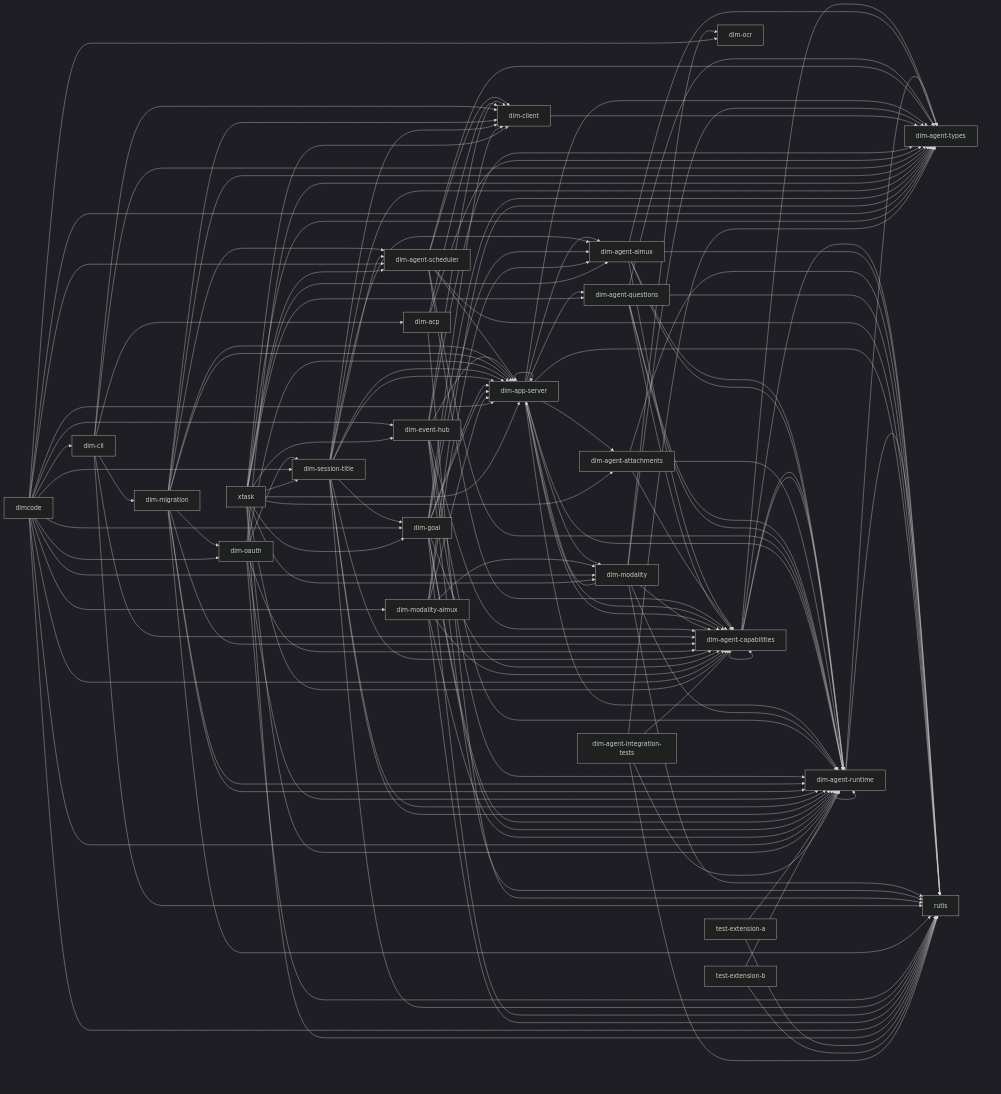
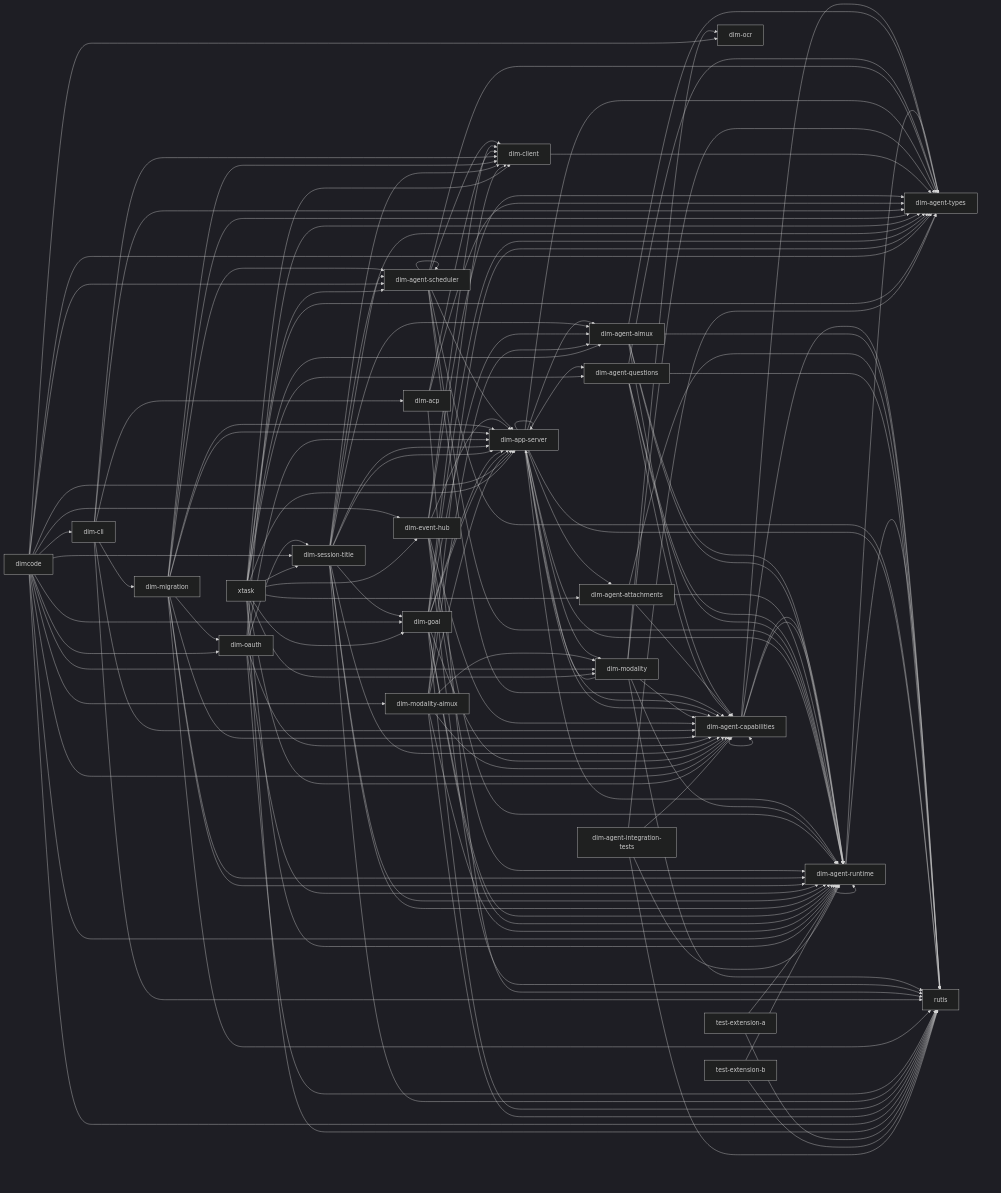
The diagram in docs/architecture/rust-agent/generated/crates.mmd (CoutinhoTTS/dim-agent), drawn with Mermaid (dark theme) before and after one commit. The commit also changed 3 other files, not shown here.

First line of the commit message:
chore(architecture): regenerate the module graph

```diff
--- a/docs/architecture/rust-agent/generated/crates.mmd
+++ b/docs/architecture/rust-agent/generated/crates.mmd
@@ -1,142 +1,143 @@
 %% Generated from cargo metadata; do not edit.
 flowchart LR
   dim_agent_runtime["dim-agent-runtime"] --> dim_agent_types["dim-agent-types"]
   dim_agent_runtime["dim-agent-runtime"] --> rutis["rutis"]
   dim_agent_runtime["dim-agent-runtime"] --> dim_agent_runtime["dim-agent-runtime"]
   dim_agent_capabilities["dim-agent-capabilities"] --> dim_agent_runtime["dim-agent-runtime"]
   dim_agent_capabilities["dim-agent-capabilities"] --> dim_agent_types["dim-agent-types"]
   dim_agent_capabilities["dim-agent-capabilities"] --> rutis["rutis"]
   dim_agent_capabilities["dim-agent-capabilities"] --> dim_agent_capabilities["dim-agent-capabilities"]
   dim_agent_capabilities["dim-agent-capabilities"] --> dim_agent_runtime["dim-agent-runtime"]
   dim_agent_aimux["dim-agent-aimux"] --> dim_agent_capabilities["dim-agent-capabilities"]
   dim_agent_aimux["dim-agent-aimux"] --> dim_agent_runtime["dim-agent-runtime"]
   dim_agent_aimux["dim-agent-aimux"] --> dim_agent_types["dim-agent-types"]
   dim_agent_aimux["dim-agent-aimux"] --> rutis["rutis"]
   dim_agent_aimux["dim-agent-aimux"] --> dim_agent_runtime["dim-agent-runtime"]
   dim_agent_attachments["dim-agent-attachments"] --> dim_agent_capabilities["dim-agent-capabilities"]
   dim_agent_attachments["dim-agent-attachments"] --> dim_agent_runtime["dim-agent-runtime"]
   dim_agent_attachments["dim-agent-attachments"] --> rutis["rutis"]
   dim_agent_questions["dim-agent-questions"] --> dim_agent_capabilities["dim-agent-capabilities"]
   dim_agent_questions["dim-agent-questions"] --> dim_agent_runtime["dim-agent-runtime"]
   dim_agent_questions["dim-agent-questions"] --> dim_agent_types["dim-agent-types"]
   dim_agent_questions["dim-agent-questions"] --> rutis["rutis"]
   dim_agent_questions["dim-agent-questions"] --> dim_agent_runtime["dim-agent-runtime"]
   dim_agent_scheduler["dim-agent-scheduler"] --> dim_agent_capabilities["dim-agent-capabilities"]
   dim_agent_scheduler["dim-agent-scheduler"] --> dim_agent_runtime["dim-agent-runtime"]
   dim_agent_scheduler["dim-agent-scheduler"] --> dim_agent_types["dim-agent-types"]
   dim_agent_scheduler["dim-agent-scheduler"] --> dim_app_server["dim-app-server"]
   dim_agent_scheduler["dim-agent-scheduler"] --> rutis["rutis"]
+  dim_agent_scheduler["dim-agent-scheduler"] --> dim_agent_scheduler["dim-agent-scheduler"]
   dim_agent_scheduler["dim-agent-scheduler"] --> dim_client["dim-client"]
   dim_app_server["dim-app-server"] --> dim_agent_aimux["dim-agent-aimux"]
   dim_app_server["dim-app-server"] --> dim_agent_attachments["dim-agent-attachments"]
   dim_app_server["dim-app-server"] --> dim_agent_capabilities["dim-agent-capabilities"]
   dim_app_server["dim-app-server"] --> dim_agent_questions["dim-agent-questions"]
   dim_app_server["dim-app-server"] --> dim_agent_runtime["dim-agent-runtime"]
   dim_app_server["dim-app-server"] --> dim_agent_types["dim-agent-types"]
   dim_app_server["dim-app-server"] --> rutis["rutis"]
   dim_app_server["dim-app-server"] --> dim_agent_capabilities["dim-agent-capabilities"]
   dim_app_server["dim-app-server"] --> dim_agent_runtime["dim-agent-runtime"]
   dim_app_server["dim-app-server"] --> dim_app_server["dim-app-server"]
   dim_app_server["dim-app-server"] --> dim_modality["dim-modality"]
   dim_modality["dim-modality"] --> dim_agent_capabilities["dim-agent-capabilities"]
   dim_modality["dim-modality"] --> dim_agent_runtime["dim-agent-runtime"]
   dim_modality["dim-modality"] --> dim_agent_types["dim-agent-types"]
   dim_modality["dim-modality"] --> dim_app_server["dim-app-server"]
   dim_modality["dim-modality"] --> dim_ocr["dim-ocr"]
   dim_modality["dim-modality"] --> rutis["rutis"]
   dim_client["dim-client"] --> dim_agent_types["dim-agent-types"]
   dim_event_hub["dim-event-hub"] --> dim_agent_capabilities["dim-agent-capabilities"]
   dim_event_hub["dim-event-hub"] --> dim_agent_runtime["dim-agent-runtime"]
   dim_event_hub["dim-event-hub"] --> dim_agent_types["dim-agent-types"]
   dim_event_hub["dim-event-hub"] --> dim_app_server["dim-app-server"]
   dim_event_hub["dim-event-hub"] --> rutis["rutis"]
   dim_event_hub["dim-event-hub"] --> dim_agent_runtime["dim-agent-runtime"]
   dim_event_hub["dim-event-hub"] --> dim_client["dim-client"]
   dim_acp["dim-acp"] --> dim_agent_types["dim-agent-types"]
   dim_acp["dim-acp"] --> dim_client["dim-client"]
   dim_acp["dim-acp"] --> rutis["rutis"]
   dim_cli["dim-cli"] --> dim_acp["dim-acp"]
   dim_cli["dim-cli"] --> dim_agent_capabilities["dim-agent-capabilities"]
   dim_cli["dim-cli"] --> dim_agent_types["dim-agent-types"]
   dim_cli["dim-cli"] --> dim_client["dim-client"]
   dim_cli["dim-cli"] --> dim_migration["dim-migration"]
   dim_cli["dim-cli"] --> rutis["rutis"]
   dim_migration["dim-migration"] --> dim_agent_capabilities["dim-agent-capabilities"]
   dim_migration["dim-migration"] --> dim_agent_runtime["dim-agent-runtime"]
   dim_migration["dim-migration"] --> dim_agent_types["dim-agent-types"]
   dim_migration["dim-migration"] --> dim_app_server["dim-app-server"]
   dim_migration["dim-migration"] --> rutis["rutis"]
   dim_migration["dim-migration"] --> dim_agent_runtime["dim-agent-runtime"]
   dim_migration["dim-migration"] --> dim_agent_scheduler["dim-agent-scheduler"]
   dim_migration["dim-migration"] --> dim_app_server["dim-app-server"]
   dim_migration["dim-migration"] --> dim_client["dim-client"]
   dim_migration["dim-migration"] --> dim_oauth["dim-oauth"]
   dim_oauth["dim-oauth"] --> dim_agent_capabilities["dim-agent-capabilities"]
   dim_oauth["dim-oauth"] --> dim_agent_runtime["dim-agent-runtime"]
   dim_oauth["dim-oauth"] --> dim_app_server["dim-app-server"]
   dim_oauth["dim-oauth"] --> dim_session_title["dim-session-title"]
   dim_oauth["dim-oauth"] --> rutis["rutis"]
   dim_oauth["dim-oauth"] --> dim_agent_types["dim-agent-types"]
   dim_session_title["dim-session-title"] --> dim_agent_capabilities["dim-agent-capabilities"]
   dim_session_title["dim-session-title"] --> dim_agent_runtime["dim-agent-runtime"]
   dim_session_title["dim-session-title"] --> dim_agent_types["dim-agent-types"]
   dim_session_title["dim-session-title"] --> dim_app_server["dim-app-server"]
   dim_session_title["dim-session-title"] --> rutis["rutis"]
   dim_session_title["dim-session-title"] --> dim_agent_aimux["dim-agent-aimux"]
   dim_session_title["dim-session-title"] --> dim_agent_runtime["dim-agent-runtime"]
   dim_session_title["dim-session-title"] --> dim_agent_scheduler["dim-agent-scheduler"]
   dim_session_title["dim-session-title"] --> dim_app_server["dim-app-server"]
   dim_session_title["dim-session-title"] --> dim_client["dim-client"]
   dim_session_title["dim-session-title"] --> dim_goal["dim-goal"]
   dim_goal["dim-goal"] --> dim_agent_capabilities["dim-agent-capabilities"]
   dim_goal["dim-goal"] --> dim_agent_runtime["dim-agent-runtime"]
   dim_goal["dim-goal"] --> dim_agent_types["dim-agent-types"]
   dim_goal["dim-goal"] --> dim_app_server["dim-app-server"]
   dim_goal["dim-goal"] --> rutis["rutis"]
   dim_goal["dim-goal"] --> dim_agent_aimux["dim-agent-aimux"]
   dim_goal["dim-goal"] --> dim_agent_runtime["dim-agent-runtime"]
   dim_goal["dim-goal"] --> dim_app_server["dim-app-server"]
   dim_goal["dim-goal"] --> dim_client["dim-client"]
   dim_modality_aimux["dim-modality-aimux"] --> dim_agent_aimux["dim-agent-aimux"]
   dim_modality_aimux["dim-modality-aimux"] --> dim_agent_capabilities["dim-agent-capabilities"]
   dim_modality_aimux["dim-modality-aimux"] --> dim_agent_runtime["dim-agent-runtime"]
   dim_modality_aimux["dim-modality-aimux"] --> dim_agent_types["dim-agent-types"]
   dim_modality_aimux["dim-modality-aimux"] --> dim_modality["dim-modality"]
   dim_modality_aimux["dim-modality-aimux"] --> rutis["rutis"]
   dim_modality_aimux["dim-modality-aimux"] --> dim_app_server["dim-app-server"]
   dimcode["dimcode"] --> dim_agent_runtime["dim-agent-runtime"]
   dimcode["dimcode"] --> dim_agent_scheduler["dim-agent-scheduler"]
   dimcode["dimcode"] --> dim_app_server["dim-app-server"]
   dimcode["dimcode"] --> dim_cli["dim-cli"]
   dimcode["dimcode"] --> dim_event_hub["dim-event-hub"]
   dimcode["dimcode"] --> dim_goal["dim-goal"]
   dimcode["dimcode"] --> dim_modality["dim-modality"]
   dimcode["dimcode"] --> dim_modality_aimux["dim-modality-aimux"]
   dimcode["dimcode"] --> dim_oauth["dim-oauth"]
   dimcode["dimcode"] --> dim_ocr["dim-ocr"]
   dimcode["dimcode"] --> dim_session_title["dim-session-title"]
   dimcode["dimcode"] --> dim_agent_capabilities["dim-agent-capabilities"]
   dimcode["dimcode"] --> dim_agent_types["dim-agent-types"]
   dimcode["dimcode"] --> rutis["rutis"]
   xtask["xtask"] --> dim_agent_aimux["dim-agent-aimux"]
   xtask["xtask"] --> dim_agent_attachments["dim-agent-attachments"]
   xtask["xtask"] --> dim_agent_capabilities["dim-agent-capabilities"]
   xtask["xtask"] --> dim_agent_questions["dim-agent-questions"]
   xtask["xtask"] --> dim_agent_runtime["dim-agent-runtime"]
   xtask["xtask"] --> dim_agent_scheduler["dim-agent-scheduler"]
   xtask["xtask"] --> dim_agent_types["dim-agent-types"]
   xtask["xtask"] --> dim_app_server["dim-app-server"]
   xtask["xtask"] --> dim_client["dim-client"]
   xtask["xtask"] --> dim_event_hub["dim-event-hub"]
   xtask["xtask"] --> dim_goal["dim-goal"]
   xtask["xtask"] --> dim_modality["dim-modality"]
   xtask["xtask"] --> dim_session_title["dim-session-title"]
   xtask["xtask"] --> rutis["rutis"]
   test_extension_a["test-extension-a"] --> dim_agent_runtime["dim-agent-runtime"]
   test_extension_a["test-extension-a"] --> rutis["rutis"]
   test_extension_b["test-extension-b"] --> dim_agent_runtime["dim-agent-runtime"]
   test_extension_b["test-extension-b"] --> rutis["rutis"]
   dim_agent_integration_tests["dim-agent-integration-tests"] --> dim_agent_capabilities["dim-agent-capabilities"]
   dim_agent_integration_tests["dim-agent-integration-tests"] --> dim_agent_runtime["dim-agent-runtime"]
   dim_agent_integration_tests["dim-agent-integration-tests"] --> dim_agent_types["dim-agent-types"]
   dim_agent_integration_tests["dim-agent-integration-tests"] --> rutis["rutis"]
```
